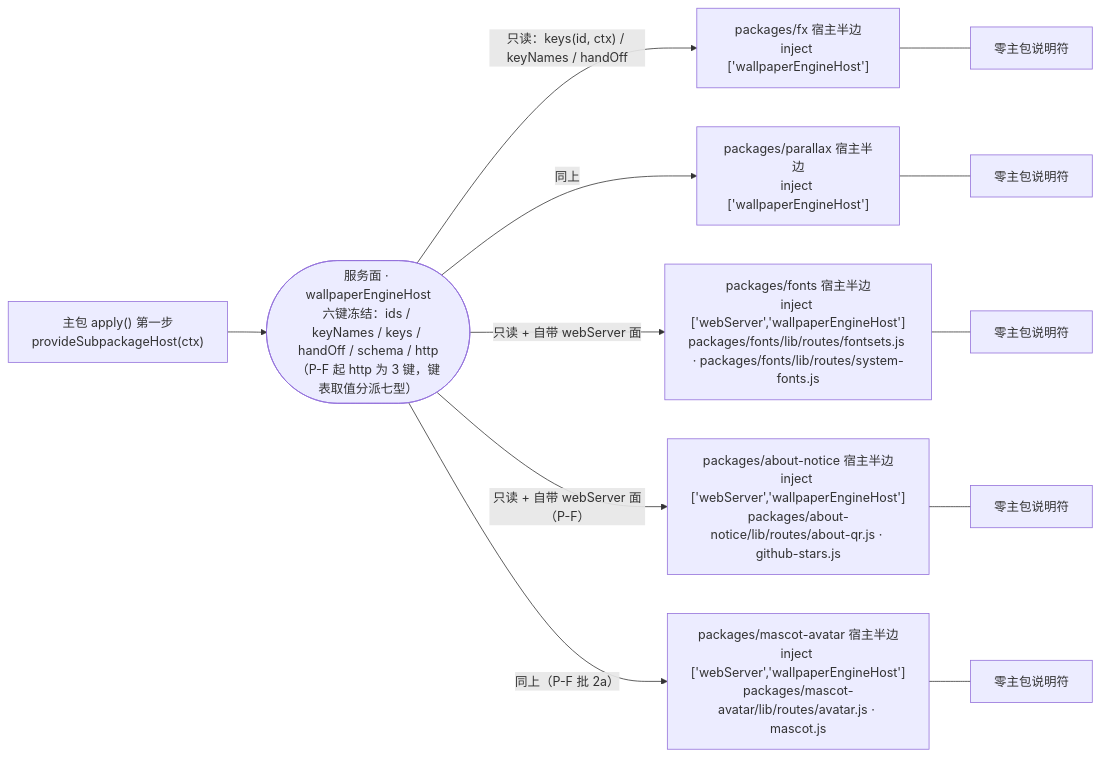
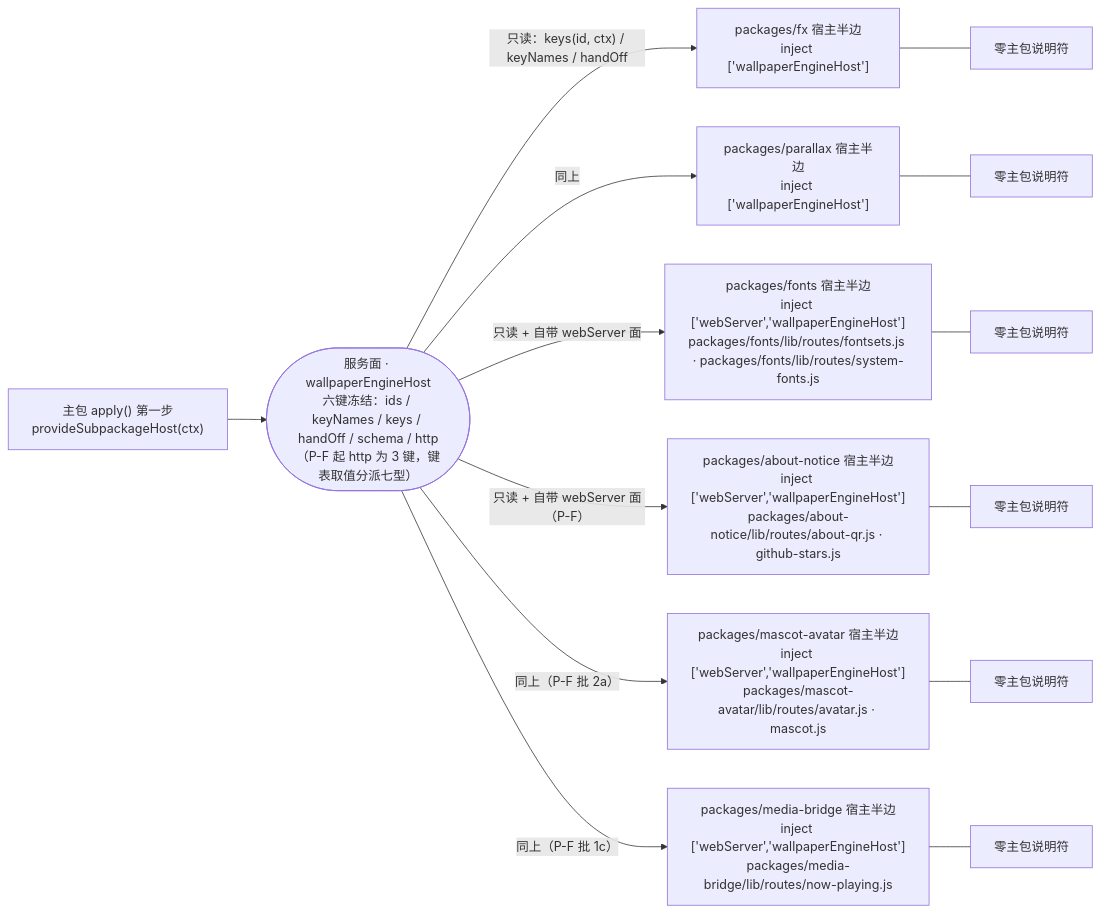
The second of 3 diagrams in docs/SUBPACKAGE-GRAPH.md (AuroraAeon/dsh-wallpaper-engine), drawn with Mermaid before and after one commit. The commit also changed other lines of this file and 60 other files, not shown here.

````diff
--- a/docs/SUBPACKAGE-GRAPH.md
+++ b/docs/SUBPACKAGE-GRAPH.md
@@ -49,16 +53,18 @@
 ```mermaid
 graph LR
   APPLY["主包 apply() 第一步<br/>provideSubpackageHost(ctx)"]
   SVC(["服务面 · wallpaperEngineHost<br/>六键冻结：ids / keyNames / keys / handOff / schema / http<br/>（P-F 起 http 为 3 键，键表取值分派七型）"])
   APPLY --> SVC
   SVC -->|"只读：keys(id, ctx) / keyNames / handOff"| FX["packages/fx 宿主半边<br/>inject ['wallpaperEngineHost']"]
   SVC -->|"同上"| PX["packages/parallax 宿主半边<br/>inject ['wallpaperEngineHost']"]
   SVC -->|"只读 + 自带 webServer 面"| FT["packages/fonts 宿主半边<br/>inject ['webServer','wallpaperEngineHost']<br/>packages/fonts/lib/routes/fontsets.js · packages/fonts/lib/routes/system-fonts.js"]
   SVC -->|"只读 + 自带 webServer 面（P-F）"| AN["packages/about-notice 宿主半边<br/>inject ['webServer','wallpaperEngineHost']<br/>packages/about-notice/lib/routes/about-qr.js · github-stars.js"]
   SVC -->|"同上（P-F 批 2a）"| MA["packages/mascot-avatar 宿主半边<br/>inject ['webServer','wallpaperEngineHost']<br/>packages/mascot-avatar/lib/routes/avatar.js · mascot.js"]
+  SVC -->|"同上（P-F 批 1c）"| MB["packages/media-bridge 宿主半边<br/>inject ['webServer','wallpaperEngineHost']<br/>packages/media-bridge/lib/routes/now-playing.js"]
   FX --- N1["零主包说明符"]
   PX --- N2["零主包说明符"]
   FT --- N3["零主包说明符"]
   AN --- N4["零主包说明符"]
   MA --- N5["零主包说明符"]
+  MB --- N6["零主包说明符"]
 ```
````
